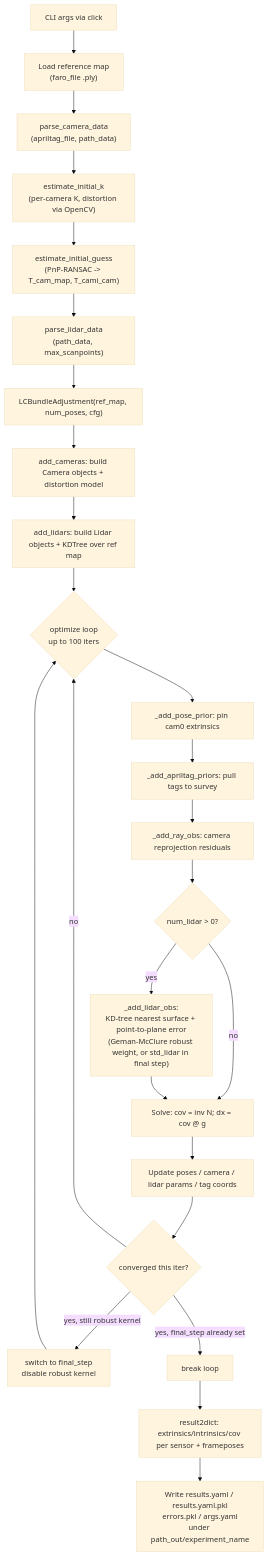
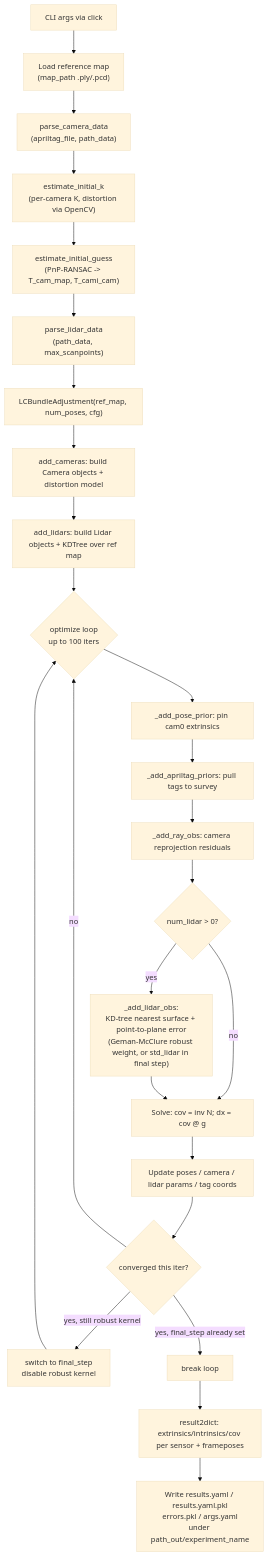
Before and after one commit to amc-nu/ipb_calibration: the diagram in README.process.md, drawn with Mermaid (base theme). The commit also changed other lines of this file and 7 other files, not shown here.

````diff
--- a/README.process.md
+++ b/README.process.md
@@ -385,28 +398,28 @@
 ```mermaid
 graph TD
-    A[CLI args via click] --> B["Load reference map<br/>(faro_file .ply)"]
+    A[CLI args via click] --> B["Load reference map<br/>(map_path .ply/.pcd)"]
     B --> C["parse_camera_data<br/>(apriltag_file, path_data)"]
     C --> D["estimate_initial_k<br/>(per-camera K, distortion via OpenCV)"]
     D --> E["estimate_initial_guess<br/>(PnP-RANSAC -&gt; T_cam_map, T_cami_cam)"]
     E --> F["parse_lidar_data<br/>(path_data, max_scanpoints)"]
     F --> G["LCBundleAdjustment(ref_map, num_poses, cfg)"]
     G --> H[add_cameras: build Camera objects + distortion model]
     H --> I[add_lidars: build Lidar objects + KDTree over ref map]
     I --> J{optimize loop<br/>up to 100 iters}
 
     J --> K[_add_pose_prior: pin cam0 extrinsics]
     K --> L[_add_apriltag_priors: pull tags to survey]
     L --> M[_add_ray_obs: camera reprojection residuals]
     M --> N{num_lidar &gt; 0?}
     N -- yes --> O["_add_lidar_obs:<br/>KD-tree nearest surface + point-to-plane error<br/>(Geman-McClure robust weight, or std_lidar in final step)"]
     N -- no --> P
     O --> P[Solve: cov = inv N; dx = cov @ g]
     P --> Q[Update poses / camera / lidar params / tag coords]
     Q --> R{converged this iter?}
     R -- "no" --> J
     R -- "yes, still robust kernel" --> S[switch to final_step<br/>disable robust kernel] --> J
     R -- "yes, final_step already set" --> T[break loop]
 
     T --> U[result2dict: extrinsics/intrinsics/cov per sensor + frameposes]
     U --> V["Write results.yaml / results.yaml.pkl<br/>errors.pkl / args.yaml<br/>under path_out/experiment_name"]
 ```
````
